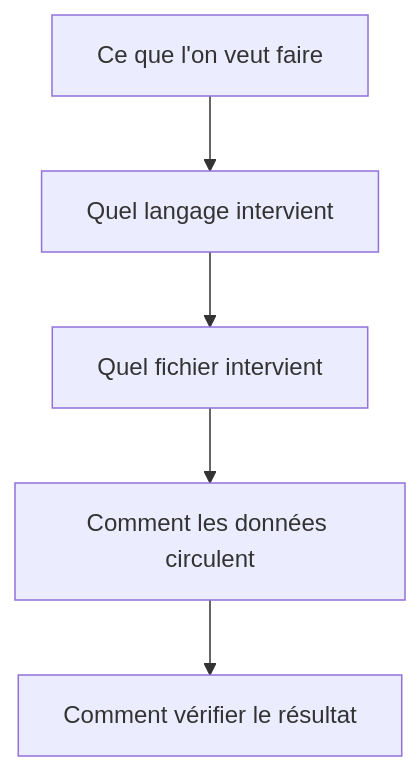
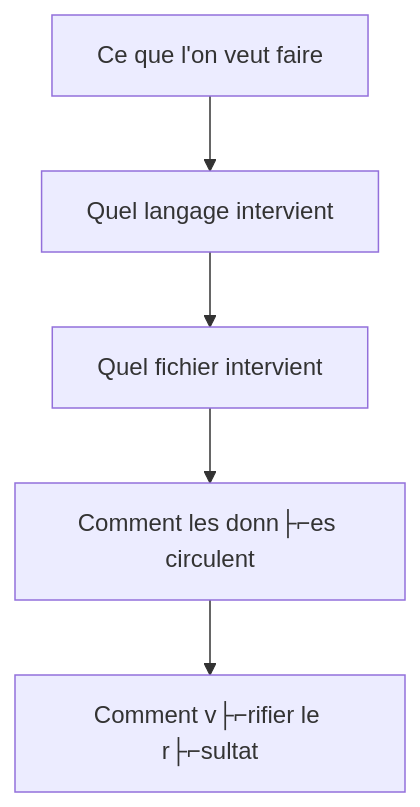
One commit to SP-MMIBdx/M2-weux-projet-dev-ux changed the sixth of 8 diagrams in docs/plan_dev.md. Above: the diagram before and after it, drawn with Mermaid. The commit also changed other lines of this file and 2 other files, not shown here.

````diff
--- a/docs/plan_dev.md
+++ b/docs/plan_dev.md
@@ -748,12 +572,12 @@
 ```mermaid
 flowchart TD
     N0["Ce que l'on veut faire"]
     N1["Quel langage intervient"]
     N2["Quel fichier intervient"]
-    N3["Comment les données circulent"]
-    N4["Comment vérifier le résultat"]
+    N3["Comment les donn├⌐es circulent"]
+    N4["Comment v├⌐rifier le r├⌐sultat"]
     N0 --> N1
     N1 --> N2
     N2 --> N3
     N3 --> N4
 ```
````
